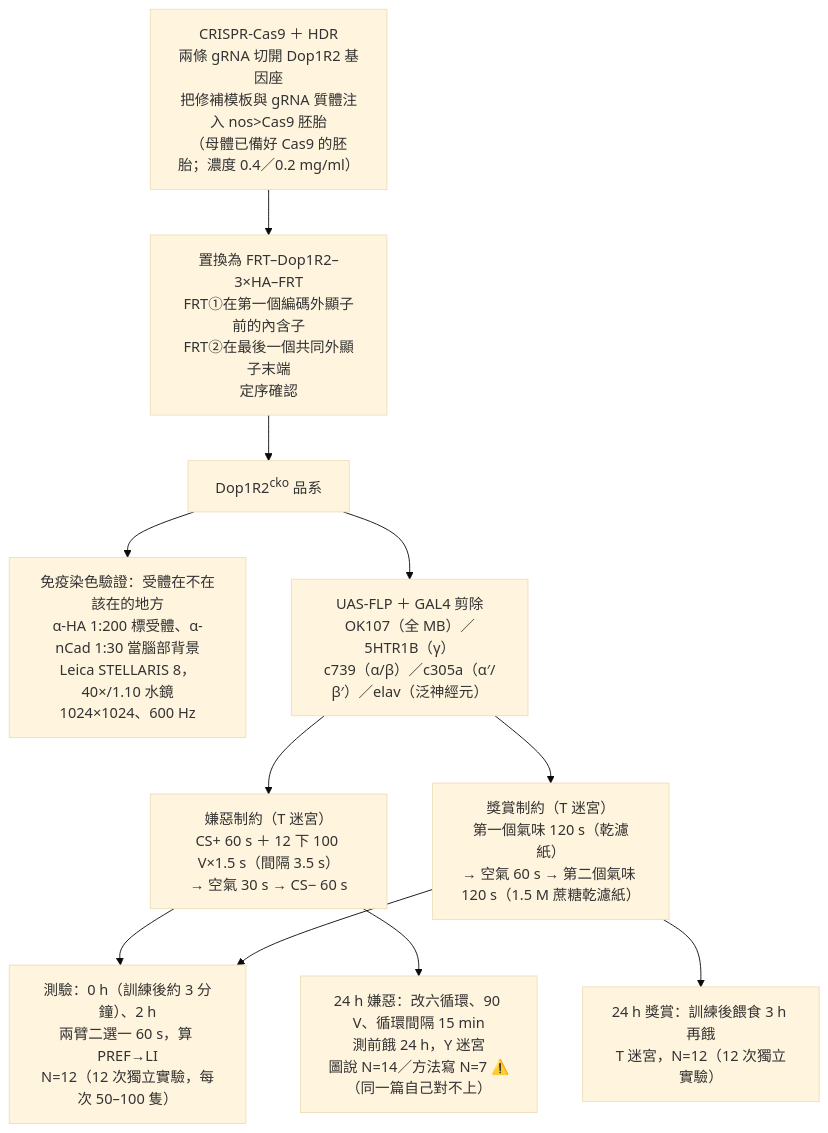
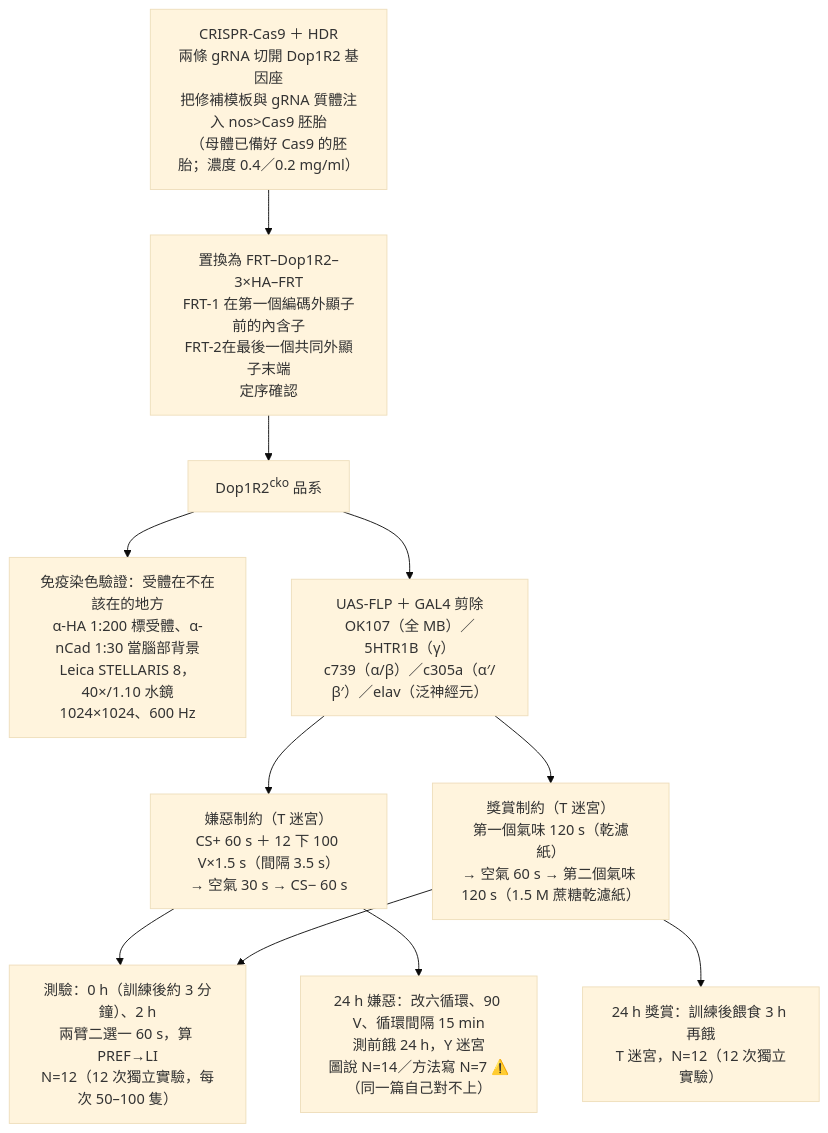
The diagram in wiki/sources/s-kaldun-2025-dop1r2-memory-phases.md (marginli/mb_wiki), drawn with Mermaid (base theme) before and after one commit. The commit also changed other lines of this file and 4 other files, not shown here.

````diff
--- a/wiki/sources/s-kaldun-2025-dop1r2-memory-phases.md
+++ b/wiki/sources/s-kaldun-2025-dop1r2-memory-phases.md
@@ -160,13 +192,13 @@
 ```mermaid
 flowchart TD
-    A["CRISPR-Cas9 ＋ HDR<br/>兩條 gRNA 切開 Dop1R2 基因座<br/>把修補模板與 gRNA 質體注入 nos&gt;Cas9 胚胎<br/>（母體已備好 Cas9 的胚胎；濃度 0.4／0.2 mg/ml）"] --> B["置換為 FRT–Dop1R2–3×HA–FRT<br/>FRT①在第一個編碼外顯子前的內含子<br/>FRT②在最後一個共同外顯子末端<br/>定序確認"]
+    A["CRISPR-Cas9 ＋ HDR<br/>兩條 gRNA 切開 Dop1R2 基因座<br/>把修補模板與 gRNA 質體注入 nos&gt;Cas9 胚胎<br/>（母體已備好 Cas9 的胚胎；濃度 0.4／0.2 mg/ml）"] --> B["置換為 FRT–Dop1R2–3×HA–FRT<br/>FRT-1 在第一個編碼外顯子前的內含子<br/>FRT-2在最後一個共同外顯子末端<br/>定序確認"]
     B --> C["Dop1R2<sup>cko</sup> 品系"]
     C --> D["免疫染色驗證：受體在不在該在的地方<br/>α-HA 1:200 標受體、α-nCad 1:30 當腦部背景<br/>Leica STELLARIS 8，40×/1.10 水鏡<br/>1024×1024、600 Hz"]
     C --> E["UAS-FLP ＋ GAL4 剪除<br/>OK107（全 MB）／5HTR1B（γ）<br/>c739（α/β）／c305a（α′/β′）／elav（泛神經元）"]
     E --> F["嫌惡制約（T 迷宮）<br/>CS+ 60 s ＋ 12 下 100 V×1.5 s（間隔 3.5 s）<br/>→ 空氣 30 s → CS− 60 s"]
     E --> G["獎賞制約（T 迷宮）<br/>第一個氣味 120 s（乾濾紙）<br/>→ 空氣 60 s → 第二個氣味 120 s（1.5 M 蔗糖乾濾紙）"]
     F --> H["測驗：0 h（訓練後約 3 分鐘）、2 h<br/>兩臂二選一 60 s，算 PREF→LI<br/>N=12（12 次獨立實驗，每次 50–100 隻）"]
     G --> H
     F --> I["24 h 嫌惡：改六循環、90 V、循環間隔 15 min<br/>測前餓 24 h，Y 迷宮<br/>圖說 N=14／方法寫 N=7 ⚠️（同一篇自己對不上）"]
     G --> J["24 h 獎賞：訓練後餵食 3 h 再餓<br/>T 迷宮，N=12（12 次獨立實驗）"]
 ```
````
